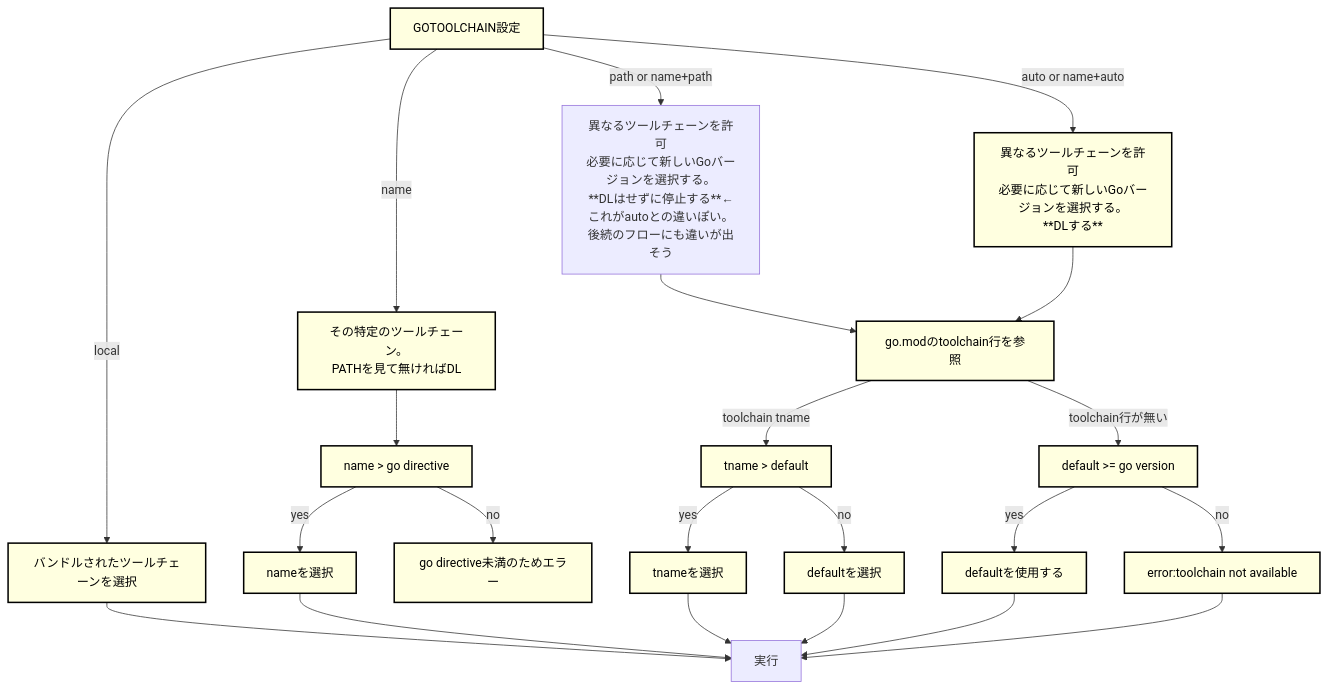
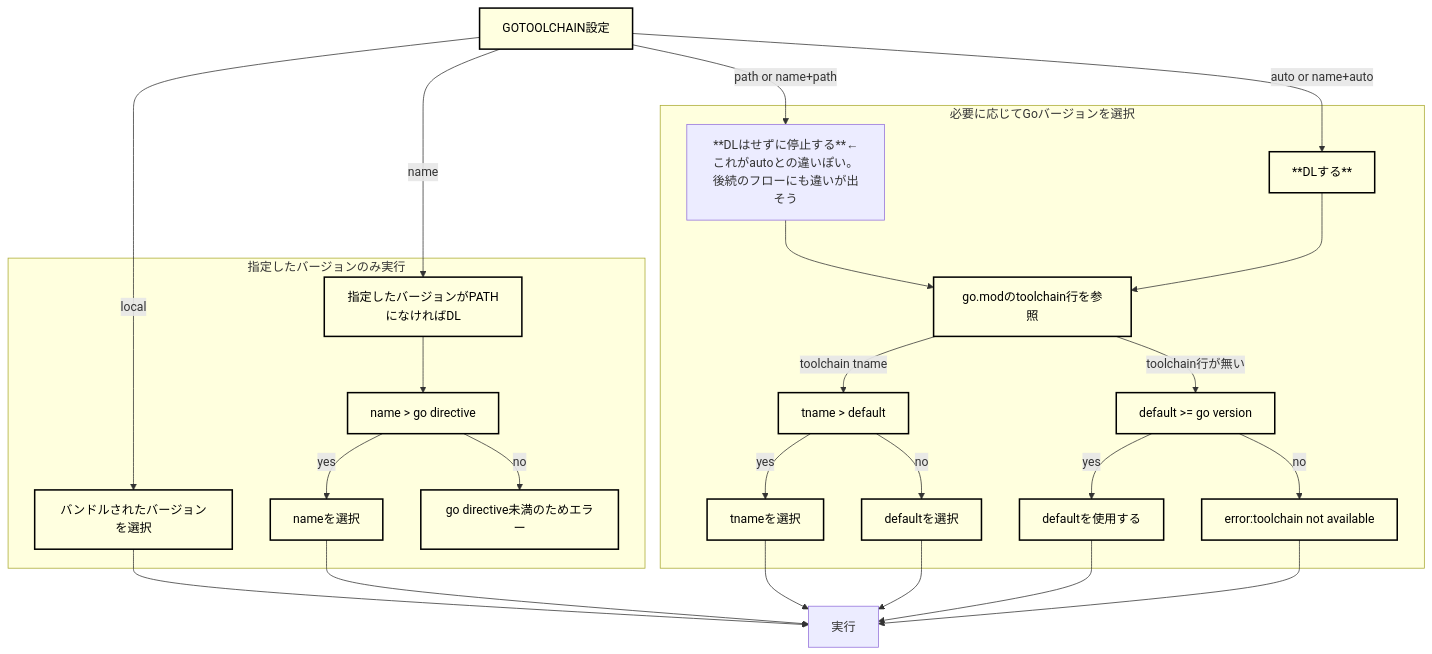
Before and after one commit to atushi-koga/go-example: the diagram in gotoolchain/README.md, drawn with Mermaid.

Commit message:
doc:フローチャートを更新

````diff
--- a/gotoolchain/README.md
+++ b/gotoolchain/README.md
@@ -7,33 +7,40 @@
 ```mermaid
+graph TD
+classDef lightYellow fill:#FFFFE0,stroke:#000,stroke-width:2px,color:#000;
+A[GOTOOLCHAIN設定]
+A -->|local| B[バンドルされたバージョンを選択]
+A -->|name| C[指定したバージョンがPATHになければDL]
+A -->|path or name+path| D[**DLはせずに停止する**←これがautoとの違いぽい。後続のフローにも違いが出そう]
+A -->|auto or name+auto| E[**DLする**]
 
-graph TD
-    classDef lightYellow fill:#FFFFE0,stroke:#000,stroke-width:2px,color:#000;
-    A[GOTOOLCHAIN設定]
-    A -->|local| B[バンドルされたツールチェーンを選択]
-    A -->|name| C[その特定のツールチェーン。<br>PATHを見て無ければDL]
+subgraph Group1 [指定したバージョンのみ実行]
+    B
+    C
     C --> N[name > go directive]
     N -->|yes| O[nameを選択]
     N -->|no| P[go directive未満のためエラー]
-    A -->|path or name+path| D[異なるツールチェーンを許可<br>必要に応じて新しいGoバージョンを選択する。<br>**DLはせずに停止する**←これがautoとの違いぽい。後続のフローにも違いが出そう]
-    A -->|auto or name+auto| E[異なるツールチェーンを許可<br>必要に応じて新しいGoバージョンを選択する。<br>**DLする**]
+end
 
+%% サブグラフでDとEから派生するノードを囲む
+subgraph Group2 [必要に応じてGoバージョンを選択]
     F[go.modのtoolchain行を参照]
     D --> F
     E --> F
     F -->|toolchain tname| H[tname > default]
     F -->|toolchain行が無い| I[default >= go version]
     H -->|yes| J[tnameを選択]
     H -->|no| K[defaultを選択]
     I -->|yes| L[defaultを使用する]
     I -->|no| M[error:toolchain not available]
-        
-    Z[実行]
-    B --> Z
-    J --> Z
-    K --> Z
-    L --> Z
-    M --> Z
-    O --> Z
+end
 
-    class A,B,C,E,F,H,I,J,K,L,M,N,O,P lightYellow;
+Z[実行]
+B --> Z
+J --> Z
+K --> Z
+L --> Z
+M --> Z
+O --> Z
+
+class A,B,C,E,F,H,I,J,K,L,M,N,O,P lightYellow;
 ```
````
